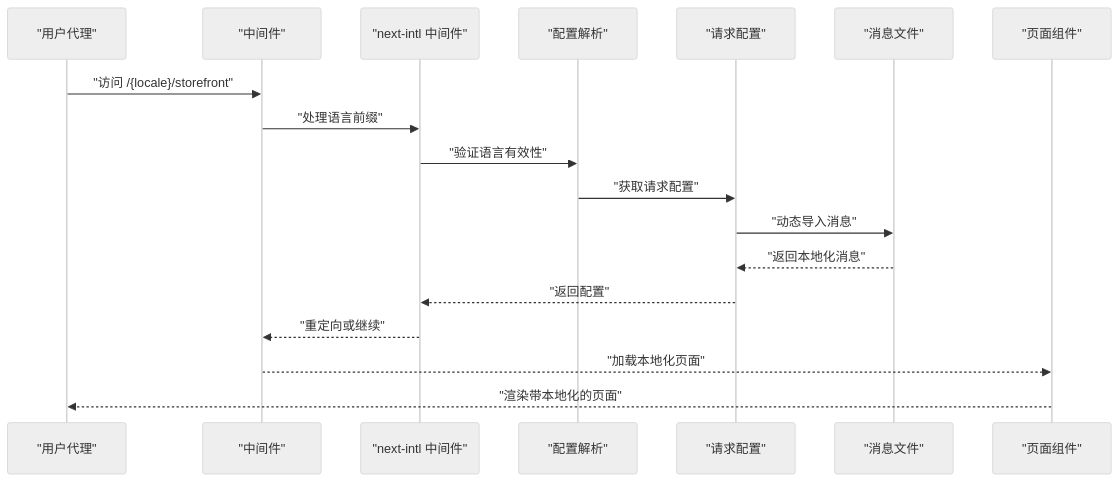
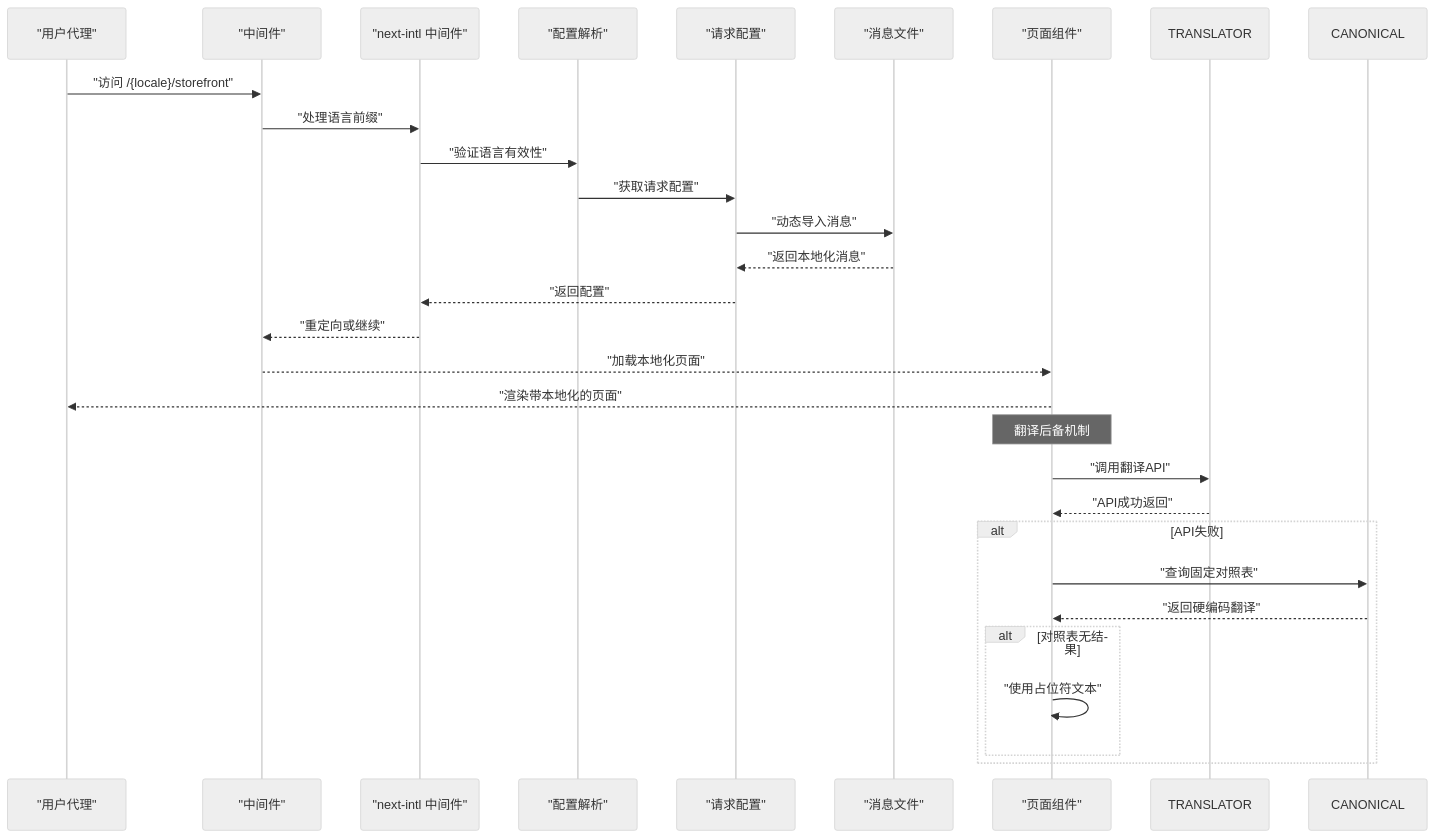
Before and after one commit to three3638-arch/celestia_2b: the second of 10 diagrams in .qoder/repowiki/zh/content/国际化系统/国际化系统.md, drawn with Mermaid (neutral theme). The commit also changed other lines of this file and 8 other files, not shown here.

````diff
--- a/.qoder/repowiki/zh/content/国际化系统/国际化系统.md
+++ b/.qoder/repowiki/zh/content/国际化系统/国际化系统.md
@@ -130,20 +147,30 @@
 ```mermaid
 sequenceDiagram
 participant U as "用户代理"
 participant MW as "中间件"
 participant INTL as "next-intl 中间件"
 participant CFG as "配置解析"
 participant REQ as "请求配置"
 participant MSG as "消息文件"
 participant PAGE as "页面组件"
 U->>MW : "访问 /{locale}/storefront"
 MW->>INTL : "处理语言前缀"
 INTL->>CFG : "验证语言有效性"
 CFG->>REQ : "获取请求配置"
 REQ->>MSG : "动态导入消息"
 MSG-->>REQ : "返回本地化消息"
 REQ-->>INTL : "返回配置"
 INTL-->>MW : "重定向或继续"
 MW-->>PAGE : "加载本地化页面"
 PAGE-->>U : "渲染带本地化的页面"
+Note over PAGE : 翻译后备机制
+PAGE->>TRANSLATOR : "调用翻译API"
+TRANSLATOR-->>PAGE : "API成功返回"
+alt API失败
+PAGE->>CANONICAL : "查询固定对照表"
+CANONICAL-->>PAGE : "返回硬编码翻译"
+alt 对照表无结果
+PAGE->>PAGE : "使用占位符文本"
+end
+end
 ```
````
